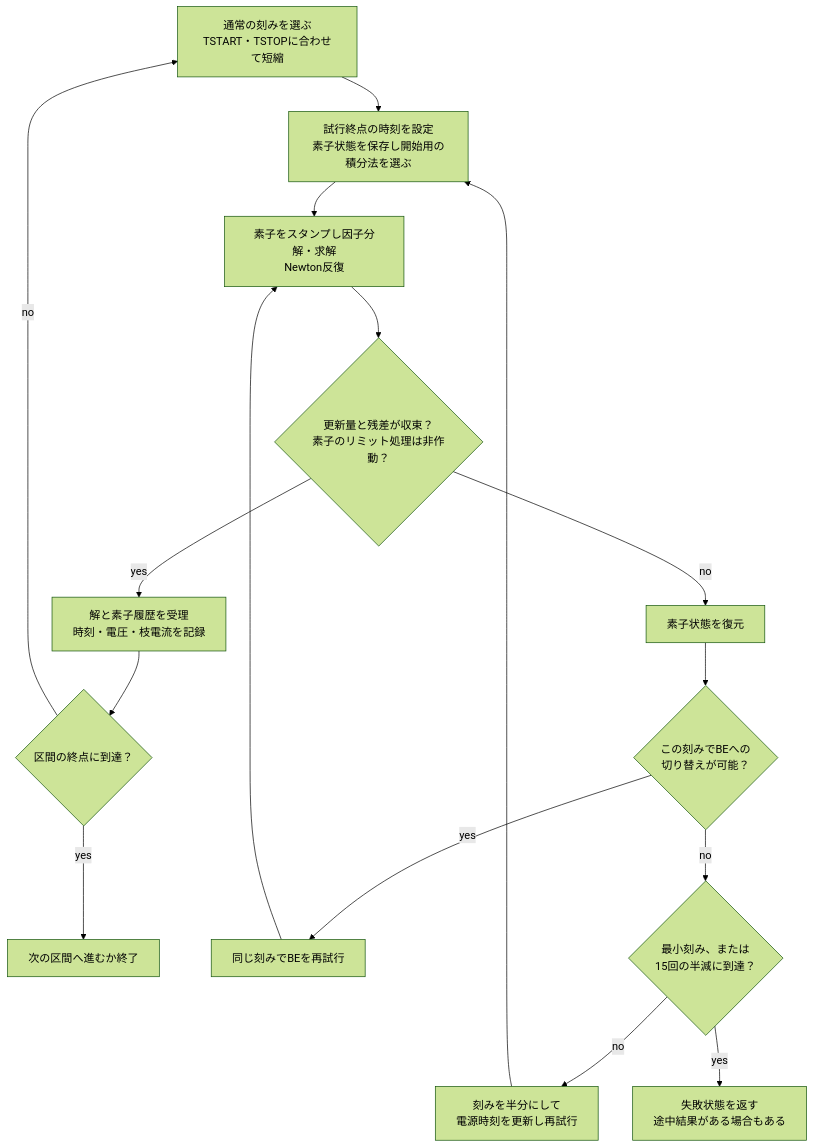
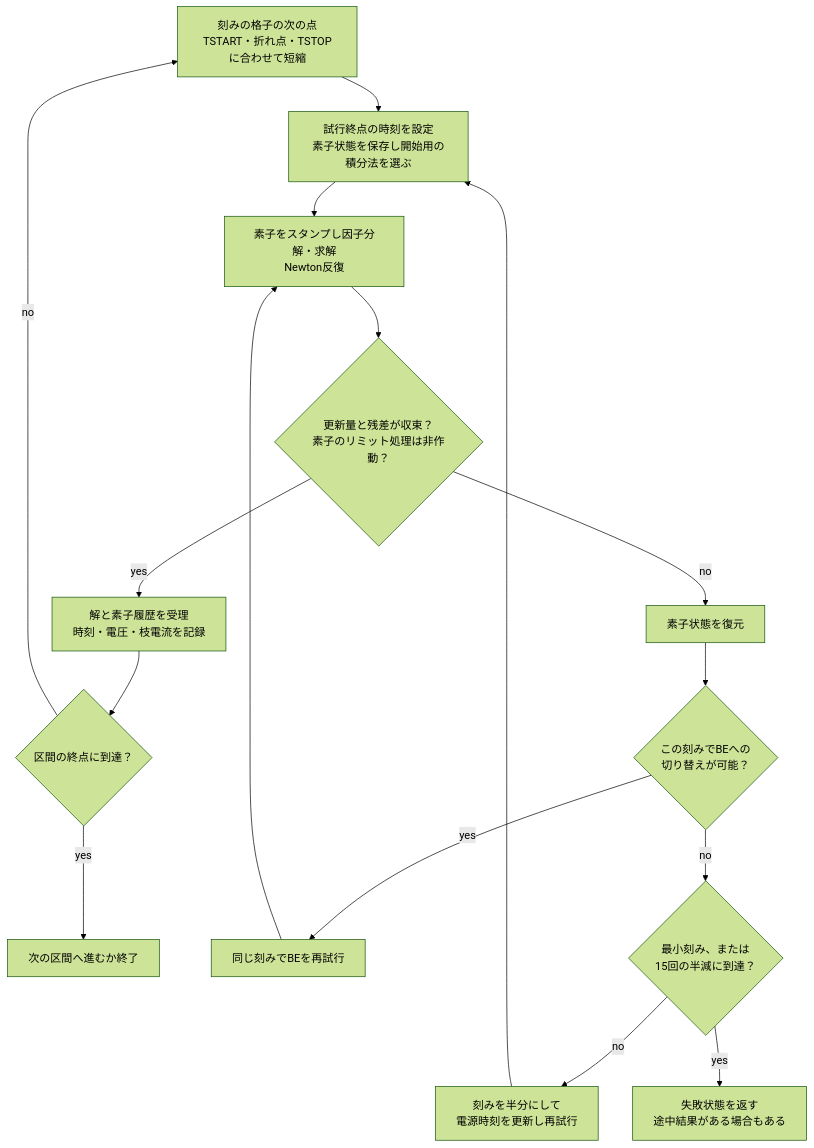
Before and after one commit to kurochan001/kirimaspice: the second of 3 diagrams in docs/TRANSIENT_ANALYSIS.ja.md, drawn with Mermaid (forest theme). The commit also changed other lines of this file and 5 other files, not shown here.

````diff
--- a/docs/TRANSIENT_ANALYSIS.ja.md
+++ b/docs/TRANSIENT_ANALYSIS.ja.md
@@ -262,18 +265,18 @@
 ```mermaid
 flowchart TD
-    A["通常の刻みを選ぶ<br/>TSTART・TSTOPに合わせて短縮"] --> B["試行終点の時刻を設定<br/>素子状態を保存し開始用の積分法を選ぶ"]
+    A["刻みの格子の次の点<br/>TSTART・折れ点・TSTOPに合わせて短縮"] --> B["試行終点の時刻を設定<br/>素子状態を保存し開始用の積分法を選ぶ"]
     B --> C["素子をスタンプし因子分解・求解<br/>Newton反復"]
     C --> D{"更新量と残差が収束？<br/>素子のリミット処理は非作動？"}
     D -->|yes| E["解と素子履歴を受理<br/>時刻・電圧・枝電流を記録"]
     E --> F{"区間の終点に到達？"}
     F -->|no| A
     F -->|yes| G["次の区間へ進むか終了"]
     D -->|no| H["素子状態を復元"]
     H --> I{"この刻みでBEへの<br/>切り替えが可能？"}
     I -->|yes| J["同じ刻みでBEを再試行"]
     J --> C
     I -->|no| K{"最小刻み、または<br/>15回の半減に到達？"}
     K -->|no| L["刻みを半分にして<br/>電源時刻を更新し再試行"]
     L --> B
     K -->|yes| M["失敗状態を返す<br/>途中結果がある場合もある"]
 ```
````
